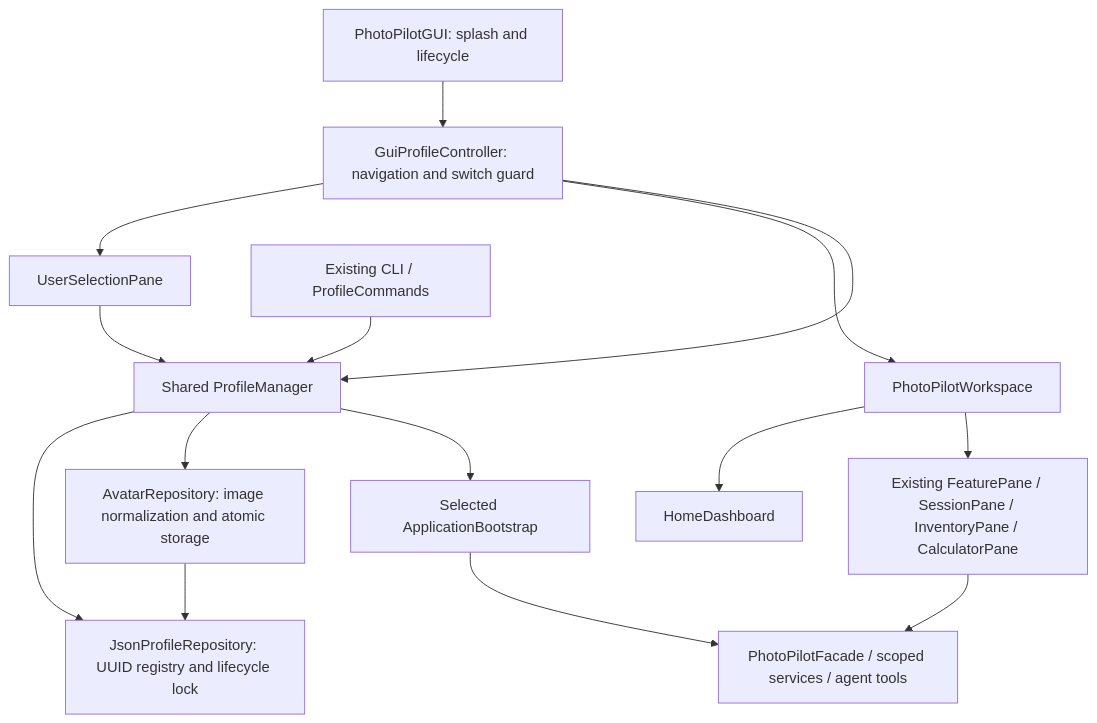
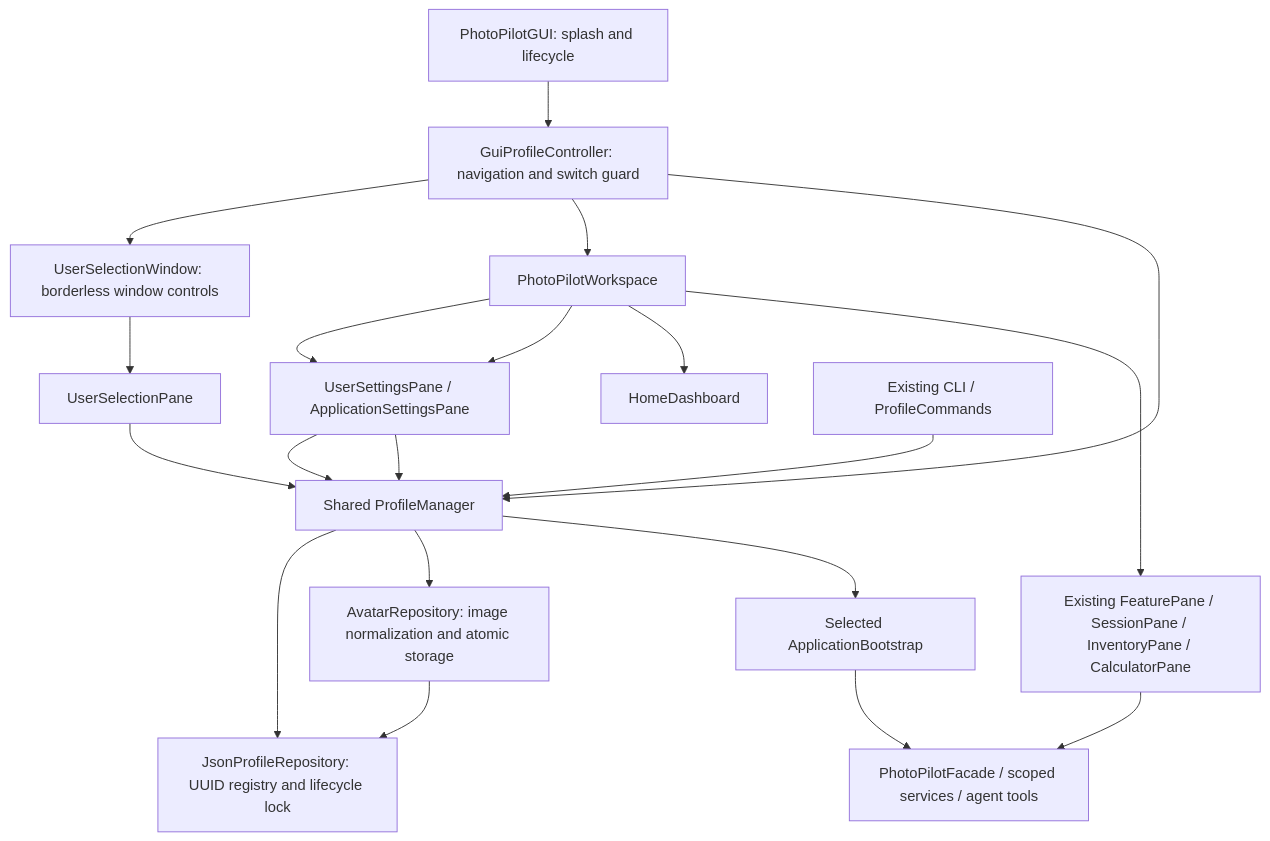
Before and after one commit to zboToronto/PhotoPilot: the diagram in Stage2/docs/user-workspace.md, drawn with Mermaid. The commit also changed other lines of this file and 59 other files, not shown here.

````diff
--- a/Stage2/docs/user-workspace.md
+++ b/Stage2/docs/user-workspace.md
@@ -19,17 +21,22 @@
 ```mermaid
 flowchart TD
     GUI[PhotoPilotGUI: splash and lifecycle] --> C[GuiProfileController: navigation and switch guard]
-    C --> PICK[UserSelectionPane]
+    C --> WIN[UserSelectionWindow: borderless window controls]
+    WIN --> PICK[UserSelectionPane]
+    W --> SET[UserSettingsPane / ApplicationSettingsPane]
+    SET --> PM
+    W --> SET[UserSettingsPane / ApplicationSettingsPane]
+    SET --> PM
     C --> W[PhotoPilotWorkspace]
     W --> HOME[HomeDashboard]
     W --> FEATURES[Existing FeaturePane / SessionPane / InventoryPane / CalculatorPane]
     PICK --> PM[Shared ProfileManager]
     C --> PM
     CLI[Existing CLI / ProfileCommands] --> PM
     PM --> REG[JsonProfileRepository: UUID registry and lifecycle lock]
     PM --> AV[AvatarRepository: image normalization and atomic storage]
     AV --> REG
     PM --> BOOT[Selected ApplicationBootstrap]
     BOOT --> F[PhotoPilotFacade / scoped services / agent tools]
     FEATURES --> F
 ```
````
